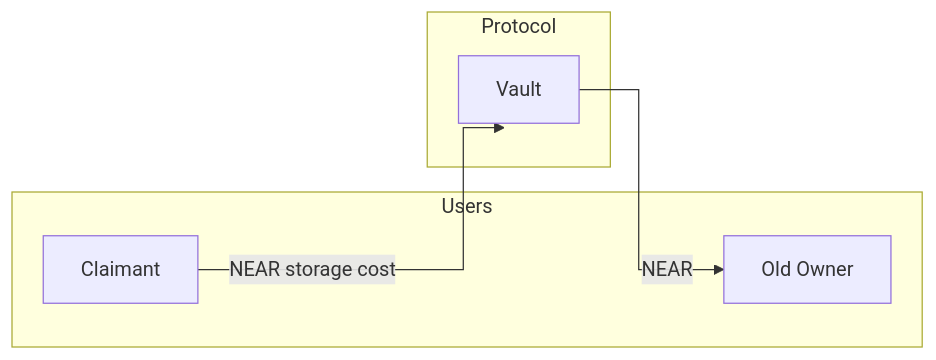
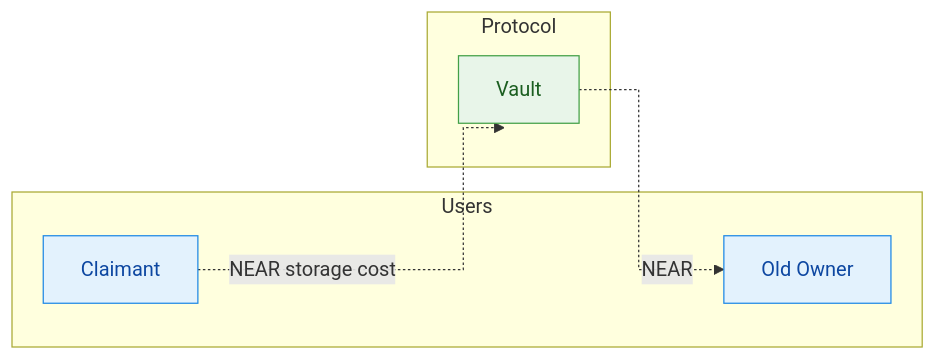
Diagram 12 of 13 in value_flows.md (sudostake/sudostake_contracts_near), drawn with Mermaid before and after one commit. The commit also changed other lines of this file, not shown here.

First line of the commit message:
Revise and expand Vault value flows guide

````diff
--- a/value_flows.md
+++ b/value_flows.md
@@ -283,13 +299,17 @@
 ```mermaid
 %%{init: {'flowchart': {'curve': 'step'}}}%%
 flowchart LR
   subgraph Users
     C[Claimant]
     O[Old Owner]
   end
   subgraph Protocol
     V[Vault]
   end
-  C -->|NEAR storage cost| V
-  V -->|NEAR| O
+  C -.->|NEAR storage cost| V
+  V -.->|NEAR| O
+  classDef user fill:#E3F2FD,stroke:#1E88E5,color:#0D47A1;
+  classDef protocol fill:#E8F5E9,stroke:#43A047,color:#1B5E20;
+  class C,O user
+  class V protocol
 ```
````
